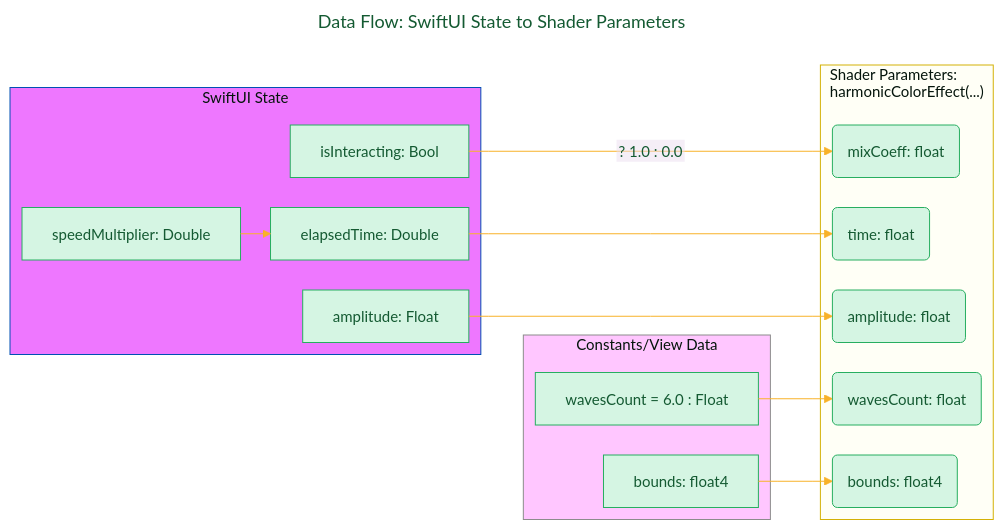
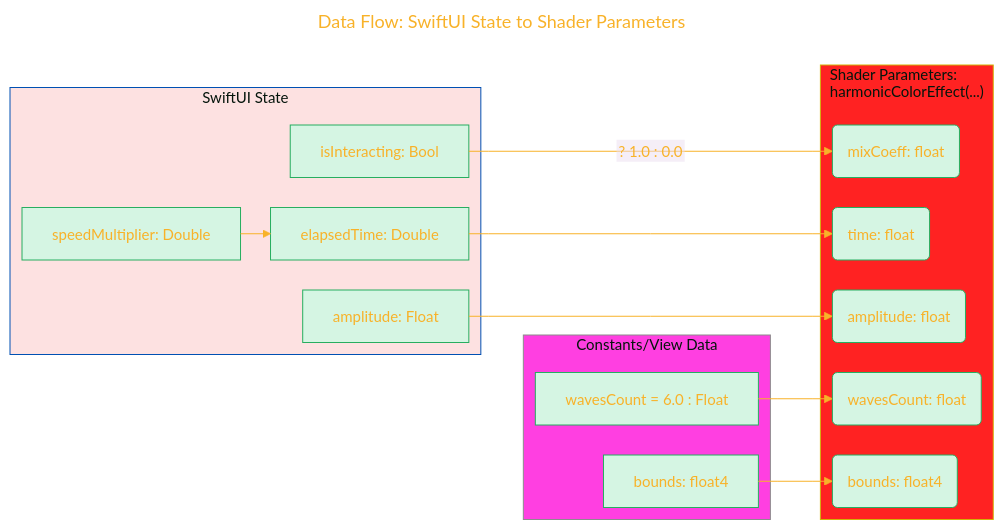
The ninth of 9 diagrams in DOCUMENTATION_Draft_1.md (CongLeSolutionX/Harmonic_Shaders), drawn with Mermaid before and after one commit. The commit also changed other lines of this file, not shown here.

````diff
--- a/DOCUMENTATION_Draft_1.md
+++ b/DOCUMENTATION_Draft_1.md
@@ -599,62 +599,62 @@
 ```mermaid
 ---
 title: "Data Flow: SwiftUI State to Shader Parameters"
 author: "Cong Le"
 version: "1.0"
 license(s): "MIT, CC BY 4.0"
 copyright: "Copyright (c) 2025 Cong Le. All Rights Reserved."
 config:
   layout: elk
   theme: base
 ---
 %%%%%%%% Mermaid version v11.4.1-b.14
 %%%%%%%% Available curve styles include the following keywords:
 %% basis, bumpX, bumpY, cardinal, catmullRom, linear, monotoneX, monotoneY, natural, step, stepAfter, stepBefore.
 %%{
   init: {
     'flowchart': { 'htmlLabels': false, 'curve': 'linear' },
     'fontFamily': 'Monaco',
     'themeVariables': {
       'primaryColor': '#D5F5E3',
-      'primaryTextColor': '#145A32',
+      'primaryTextColor': '#F8B229',
       'lineColor': '#F8B229',
       'primaryBorderColor': '#27AE60',
       'secondaryColor': '#EBDEF0',
       'secondaryTextColor': '#6C3483',
       'secondaryBorderColor': '#A569BD',
       'fontSize': '15px'
     }
   }
 }%%
 graph LR
     subgraph SwiftUI_State["SwiftUI State"]
         S1["elapsedTime: Double"]
         S2["amplitude: Float"]
         S3["isInteracting: Bool"]
         S4["speedMultiplier: Double"] --> S1
     end
 
     subgraph Constants_View_Data["Constants/View Data"]
         C1["wavesCount = 6.0 : Float"]
         C2["bounds: float4"]
     end
 
     subgraph Shader_Parameters["Shader Parameters:<br/>harmonicColorEffect(...)"]
         P1("time: float")
         P2("amplitude: float")
         P3("mixCoeff: float")
         P4("wavesCount: float")
         P5("bounds: float4")
     end
 
     S1 --> P1
     S2 --> P2
     S3 -- "? 1.0 : 0.0" --> P3
     C1 --> P4
     C2 --> P5
 
-    style SwiftUI_State fill:#e7ff,stroke:#0050b3
-    style Constants_View_Data fill:#fafa,stroke:#8c8c8c
-    style Shader_Parameters fill:#ffB2,stroke:#d4b106
+    style SwiftUI_State fill:#e222,stroke:#0050b3
+    style Constants_View_Data fill:#f2dd,stroke:#8c8c8c
+    style Shader_Parameters fill:#F22F,stroke:#d4b106
     
 ```
````
